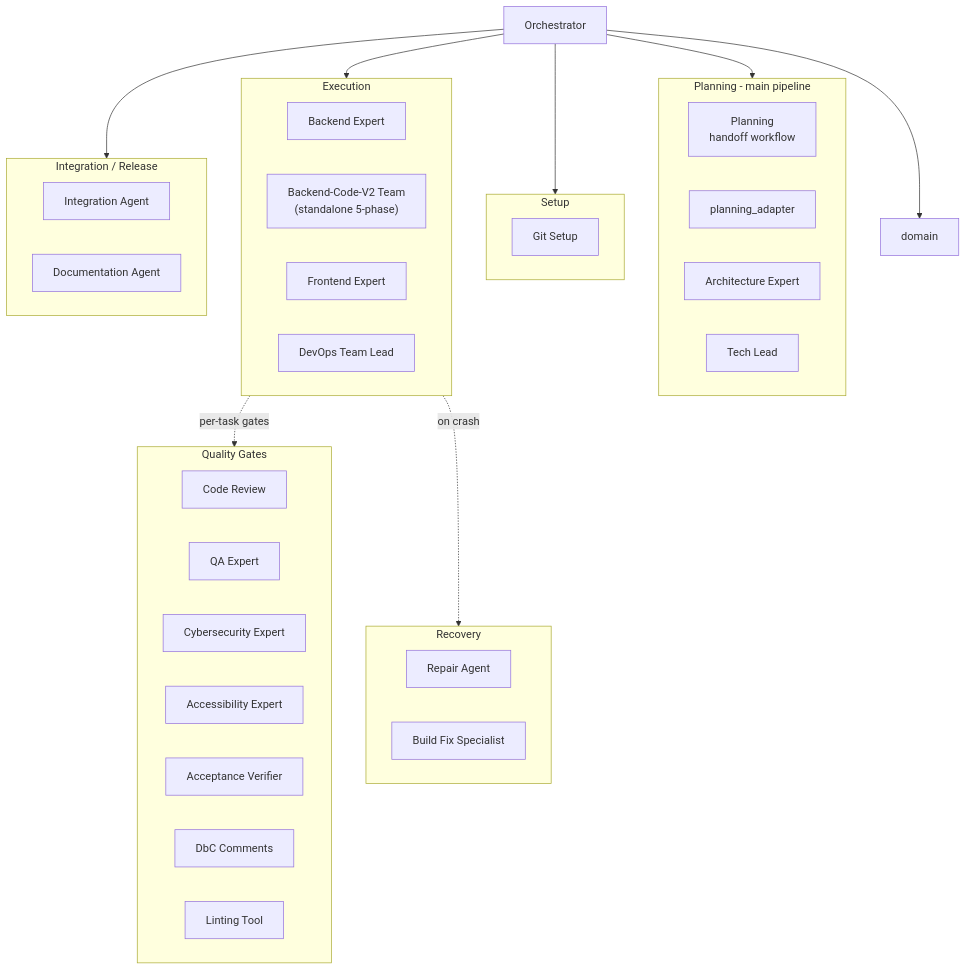
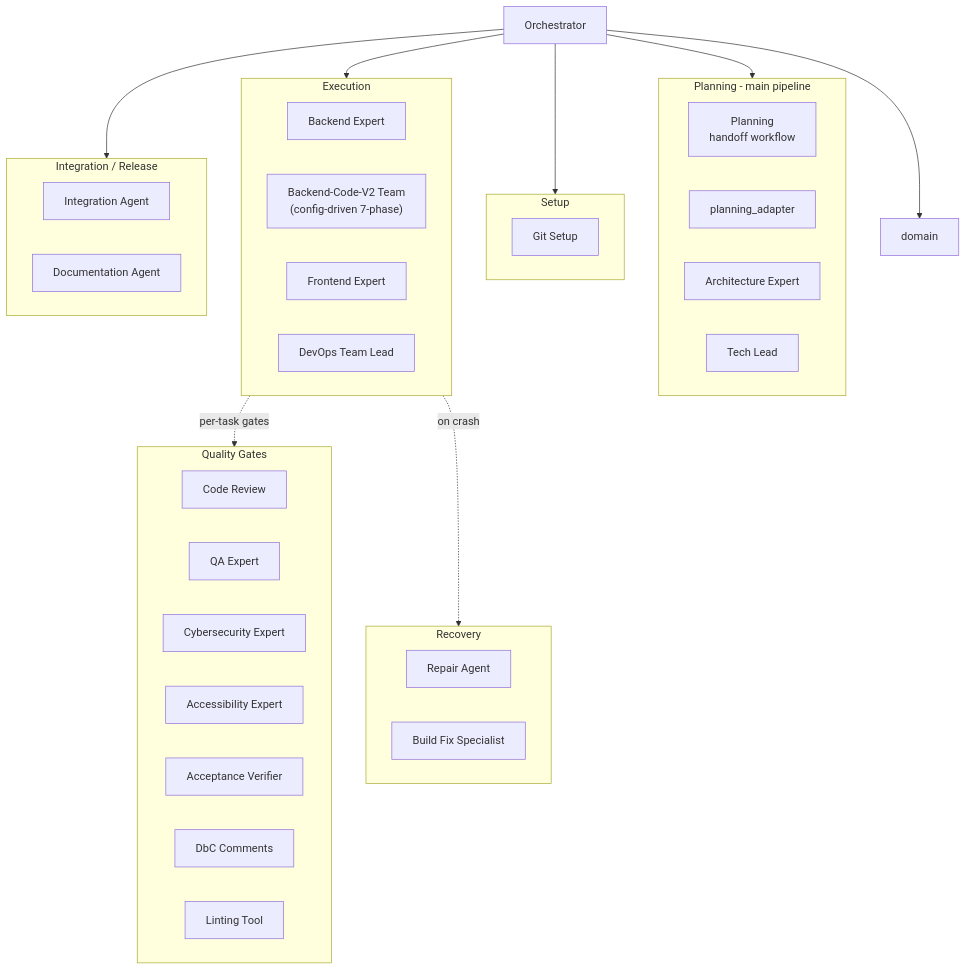
Before and after one commit to brandonkindred/Khala-Agentic-AI-Teams: the third of 15 diagrams in docs/ARCHITECTURE.md, drawn with Mermaid. The commit also changed other lines of this file and 6 other files, not shown here.

First line of the commit message:
docs: refresh v2-team docs for the config-driven merge; demonstrate epic LOC reduction (#7083)

````diff
--- a/docs/ARCHITECTURE.md
+++ b/docs/ARCHITECTURE.md
@@ -117,50 +117,50 @@
 ```mermaid
 flowchart TB
     Orch["Orchestrator"]
 
     subgraph planning [Planning - main pipeline]
         planningTeam["Planning\nhandoff workflow"]
         adapter["planning_adapter"]
         archExpert["Architecture Expert"]
         techLead["Tech Lead"]
     end
 
     subgraph setupGroup [Setup]
         gitSetup["Git Setup"]
     end
 
     subgraph execGroup [Execution]
         backendAgent["Backend Expert"]
-        backendV2Team["Backend-Code-V2 Team\n(standalone 5-phase)"]
+        backendV2Team["Backend-Code-V2 Team\n(config-driven 7-phase)"]
         frontendAgent["Frontend Expert"]
         devopsTeam["DevOps Team Lead"]
     end
 
     subgraph qualityGroup [Quality Gates]
         codeReview["Code Review"]
         qaAgent["QA Expert"]
         secAgent["Cybersecurity Expert"]
         a11yAgent["Accessibility Expert"]
         acceptV["Acceptance Verifier"]
         dbcAgent["DbC Comments"]
         lintAgent["Linting Tool"]
     end
 
     subgraph postGroup ["Integration / Release"]
         intAgent["Integration Agent"]
         docAgent["Documentation Agent"]
     end
 
     subgraph supportGroup [Recovery]
         repairAgent["Repair Agent"]
         buildFixAgent["Build Fix Specialist"]
     end
 
     Orch --> planning
     Orch --> domain
     Orch --> setupGroup
     Orch --> execGroup
     execGroup -.->|"per-task gates"| qualityGroup
     Orch --> postGroup
     execGroup -.->|"on crash"| supportGroup
 ```
````
